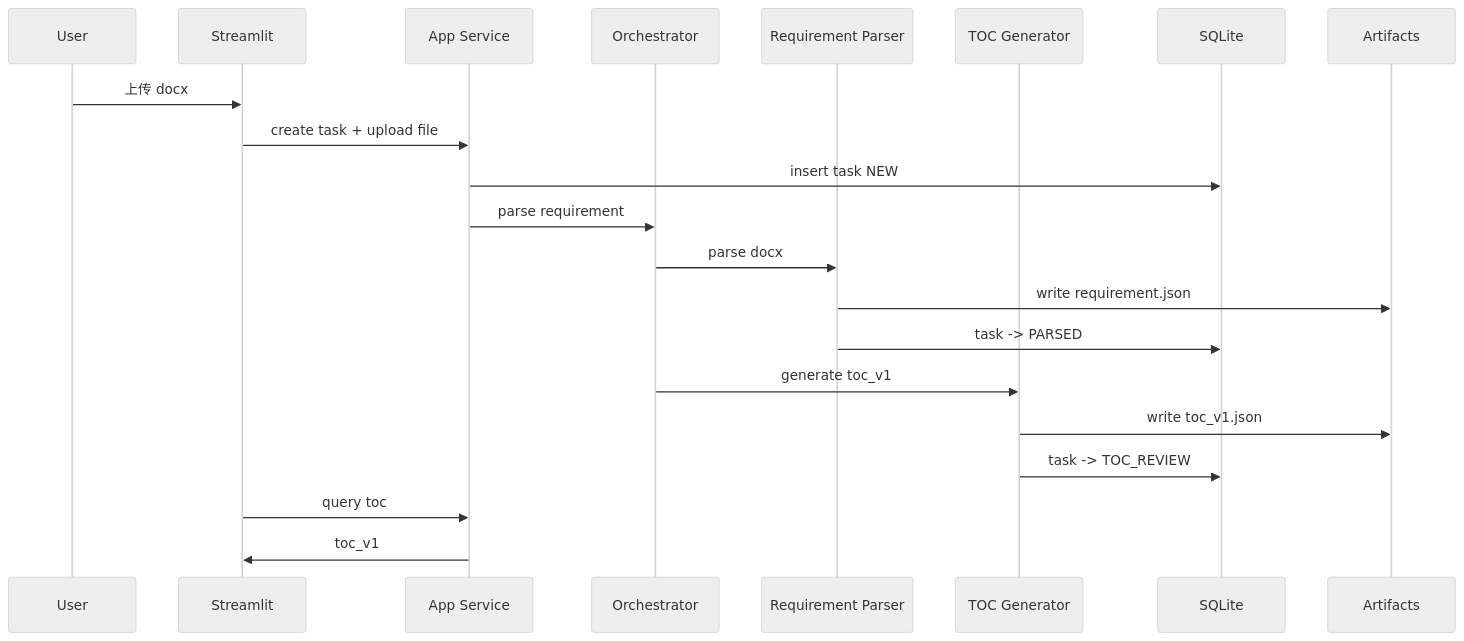
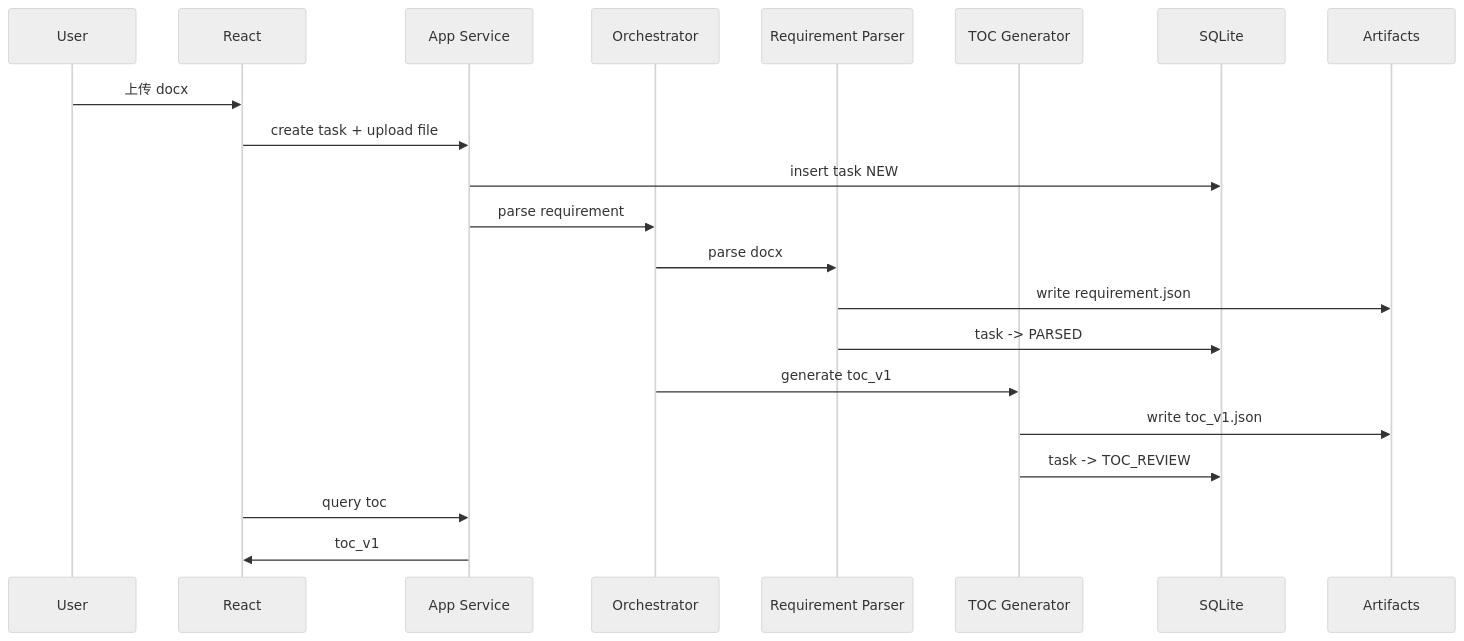
The fourth of 5 diagrams in docs/architecture.md (Yhuir/multi-llm-doc-agent), drawn with Mermaid (neutral theme) before and after one commit. The commit also changed other lines of this file and 2967 other files, not shown here.

````diff
--- a/docs/architecture.md
+++ b/docs/architecture.md
@@ -196,24 +196,24 @@
 ```mermaid
 sequenceDiagram
     participant U as User
-    participant UI as Streamlit
+    participant UI as React
     participant APP as App Service
     participant ORCH as Orchestrator
     participant RP as Requirement Parser
     participant TG as TOC Generator
     participant DB as SQLite
     participant FS as Artifacts
 
     U->>UI: 上传 docx
     UI->>APP: create task + upload file
     APP->>DB: insert task NEW
     APP->>ORCH: parse requirement
     ORCH->>RP: parse docx
     RP->>FS: write requirement.json
     RP->>DB: task -> PARSED
     ORCH->>TG: generate toc_v1
     TG->>FS: write toc_v1.json
     TG->>DB: task -> TOC_REVIEW
     UI->>APP: query toc
     APP->>UI: toc_v1
 ```
````
